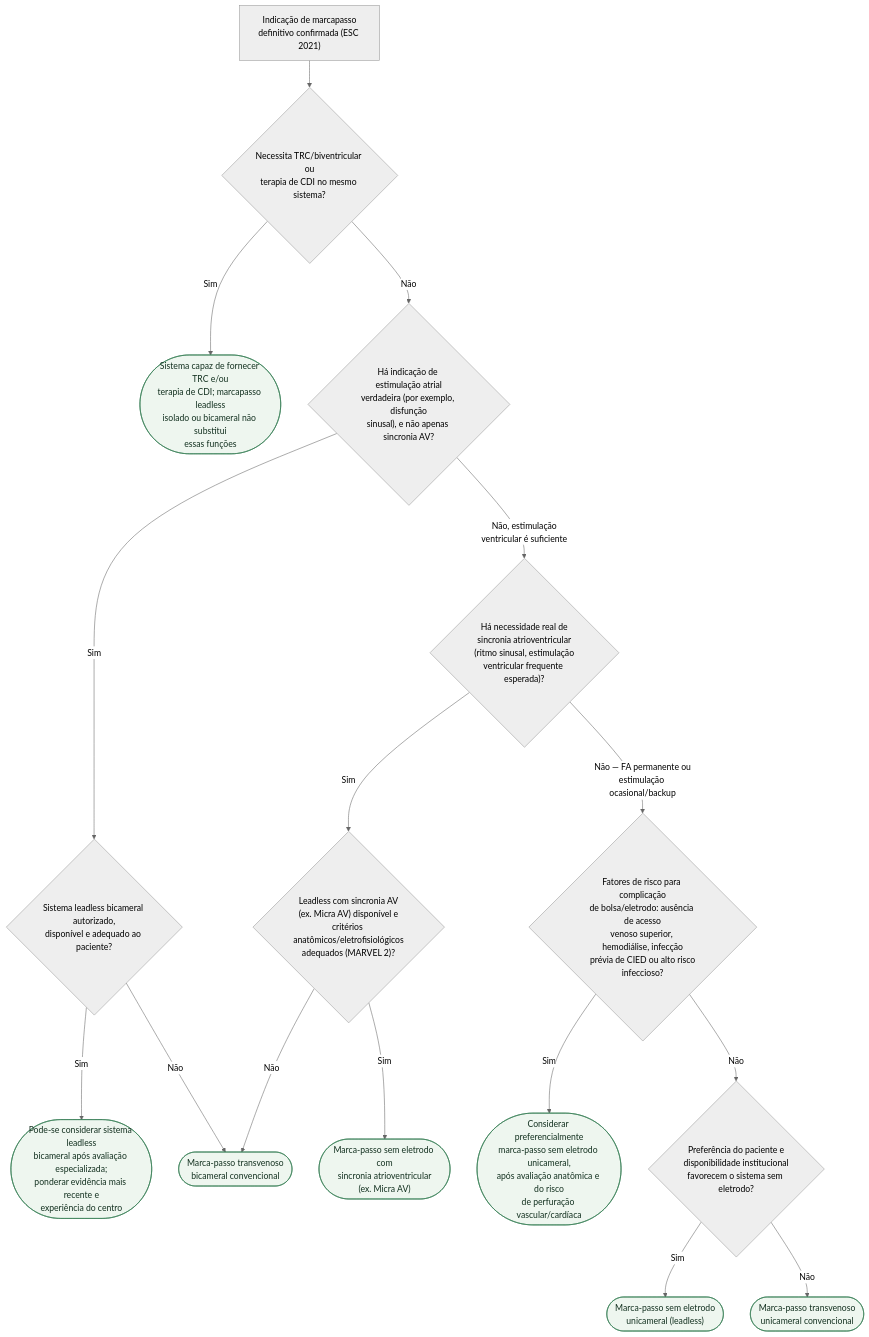
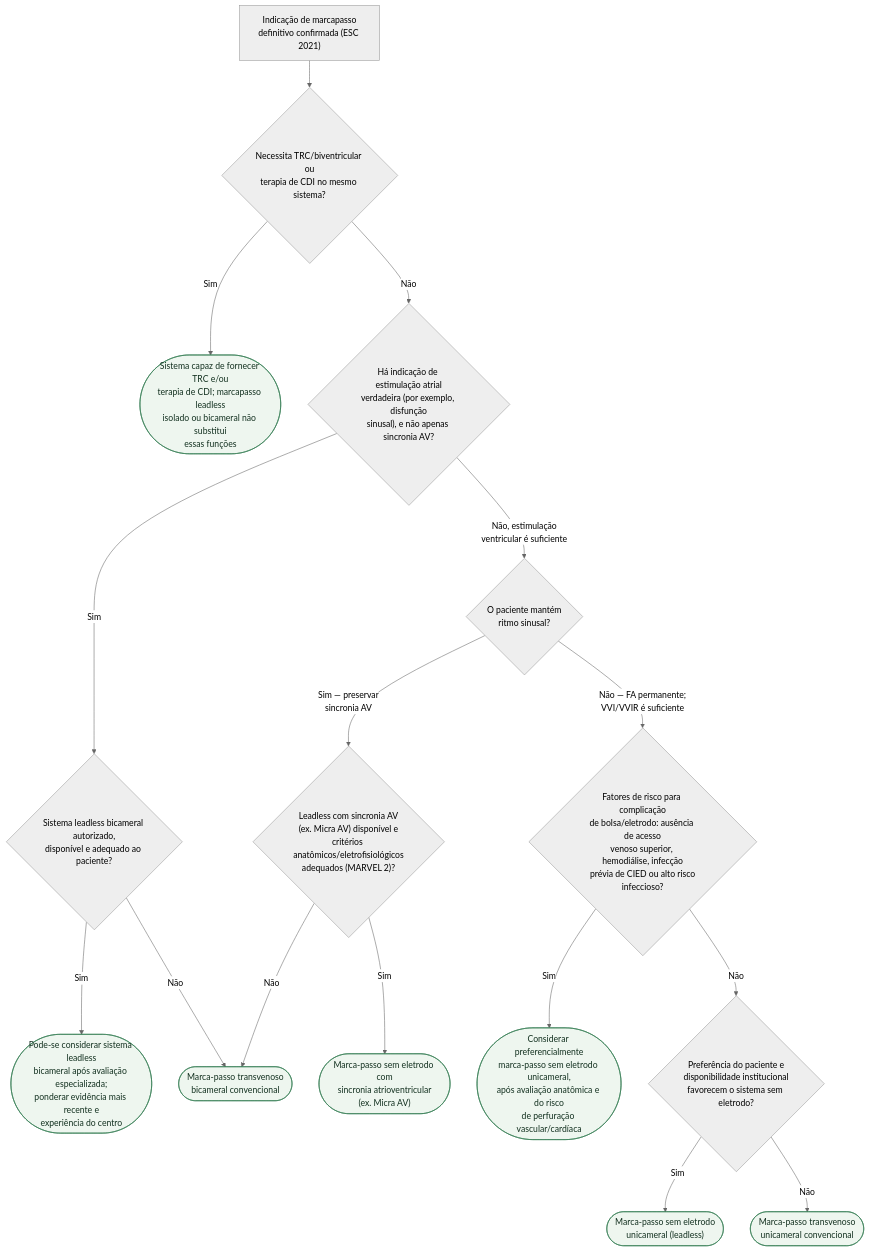
The diagram in content/Dispositivos/fluxograma-marca-passo-transvenoso-versus-sem-eletrodo-leadless-selecao.md (rafaelpaesmeirelles/MeuCardio), drawn with Mermaid (neutral theme) before and after one commit. The commit also changed other lines of this file and 6 other files, not shown here.

````diff
--- a/content/Dispositivos/fluxograma-marca-passo-transvenoso-versus-sem-eletrodo-leadless-selecao.md
+++ b/content/Dispositivos/fluxograma-marca-passo-transvenoso-versus-sem-eletrodo-leadless-selecao.md
@@ -25,27 +25,27 @@
 ```mermaid
 flowchart TD
   R0["Indicação de marcapasso<br/>definitivo confirmada (ESC 2021)"] --> D1{"Necessita TRC/biventricular ou<br/>terapia de CDI no mesmo sistema?"}
 
   D1 -->|"Sim"| C1(["Sistema capaz de fornecer TRC e/ou<br/>terapia de CDI; marcapasso leadless<br/>isolado ou bicameral não substitui<br/>essas funções"])
 
   D1 -->|"Não"| D0{"Há indicação de estimulação atrial<br/>verdadeira (por exemplo, disfunção<br/>sinusal), e não apenas sincronia AV?"}
 
   D0 -->|"Sim"| D7{"Sistema leadless bicameral autorizado,<br/>disponível e adequado ao paciente?"}
   D7 -->|"Sim"| C0(["Pode-se considerar sistema leadless<br/>bicameral após avaliação especializada;<br/>ponderar evidência mais recente e<br/>experiência do centro"])
   D7 -->|"Não"| C3(["Marca-passo transvenoso<br/>bicameral convencional"])
 
-  D0 -->|"Não, estimulação<br/>ventricular é suficiente"| D2{"Há necessidade real de<br/>sincronia atrioventricular<br/>(ritmo sinusal, estimulação<br/>ventricular frequente esperada)?"}
+  D0 -->|"Não, estimulação<br/>ventricular é suficiente"| D2{"O paciente mantém<br/>ritmo sinusal?"}
 
-  D2 -->|"Sim"| D3{"Leadless com sincronia AV<br/>(ex. Micra AV) disponível e<br/>critérios anatômicos/eletrofisiológicos<br/>adequados (MARVEL 2)?"}
+  D2 -->|"Sim — preservar<br/>sincronia AV"| D3{"Leadless com sincronia AV<br/>(ex. Micra AV) disponível e<br/>critérios anatômicos/eletrofisiológicos<br/>adequados (MARVEL 2)?"}
   D3 -->|"Sim"| C2(["Marca-passo sem eletrodo com<br/>sincronia atrioventricular<br/>(ex. Micra AV)"])
   D3 -->|"Não"| C3(["Marca-passo transvenoso<br/>bicameral convencional"])
 
-  D2 -->|"Não — FA permanente ou<br/>estimulação ocasional/backup"| D4{"Fatores de risco para complicação<br/>de bolsa/eletrodo: ausência de acesso<br/>venoso superior, hemodiálise, infecção<br/>prévia de CIED ou alto risco<br/>infeccioso?"}
+  D2 -->|"Não — FA permanente;<br/>VVI/VVIR é suficiente"| D4{"Fatores de risco para complicação<br/>de bolsa/eletrodo: ausência de acesso<br/>venoso superior, hemodiálise, infecção<br/>prévia de CIED ou alto risco<br/>infeccioso?"}
   D4 -->|"Sim"| C4(["Considerar preferencialmente<br/>marca-passo sem eletrodo unicameral,<br/>após avaliação anatômica e do risco<br/>de perfuração vascular/cardíaca"])
   D4 -->|"Não"| D5{"Preferência do paciente e<br/>disponibilidade institucional<br/>favorecem o sistema sem eletrodo?"}
   D5 -->|"Sim"| C5(["Marca-passo sem eletrodo<br/>unicameral (leadless)"])
   D5 -->|"Não"| C6(["Marca-passo transvenoso<br/>unicameral convencional"])
 
   classDef conduta fill:#eef6ef,stroke:#2f7a4f,color:#12301f;
   class C0,C1,C2,C3,C4,C5,C6 conduta;
 ```
````
